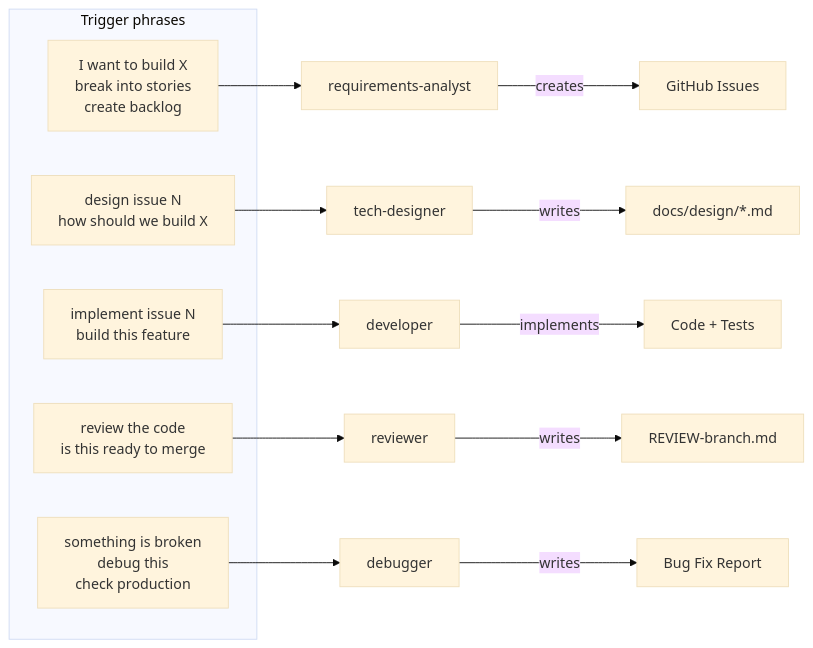
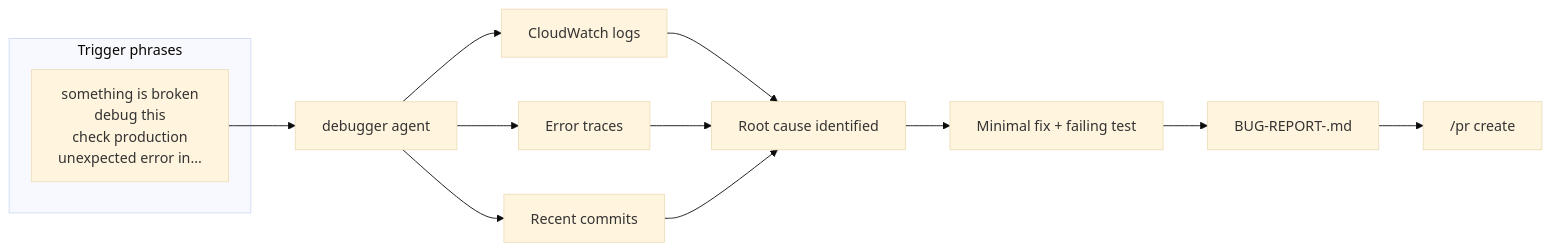
The ninth of 12 diagrams in README.md (manikumarkv/devrunway-claude-plugin), drawn with Mermaid (base theme) before and after one commit. The commit also changed other lines of this file and 14 other files, not shown here.

````diff
--- a/README.md
+++ b/README.md
@@ -252,22 +258,15 @@
 ```mermaid
 flowchart LR
-    subgraph Triggers["Trigger phrases"]
-        T1["I want to build X\nbreak into stories\ncreate backlog"]
-        T2["design issue N\nhow should we build X"]
-        T3["implement issue N\nbuild this feature"]
-        T4["review the code\nis this ready to merge"]
-        T5["something is broken\ndebug this\ncheck production"]
+    subgraph Trigger["Trigger phrases"]
+        T["something is broken\ndebug this\ncheck production\nunexpected error in..."]
     end
 
-    T1 --> A1[requirements-analyst]
-    T2 --> A2[tech-designer]
-    T3 --> A3[developer]
-    T4 --> A4[reviewer]
-    T5 --> A5[debugger]
-
-    A1 -->|creates| G[GitHub Issues]
-    A2 -->|writes| D["docs/design/*.md"]
-    A3 -->|implements| C[Code + Tests]
-    A4 -->|writes| R["REVIEW-branch.md"]
-    A5 -->|writes| BF[Bug Fix Report]
+    T --> DBG[debugger agent]
+    DBG --> CW[CloudWatch logs]
+    DBG --> TR[Error traces]
+    DBG --> RC[Recent commits]
+    CW & TR & RC --> ROOT[Root cause identified]
+    ROOT --> FIX[Minimal fix + failing test]
+    FIX --> RPT["BUG-REPORT-<date>.md"]
+    RPT --> PR["/pr create"]
 ```
````
